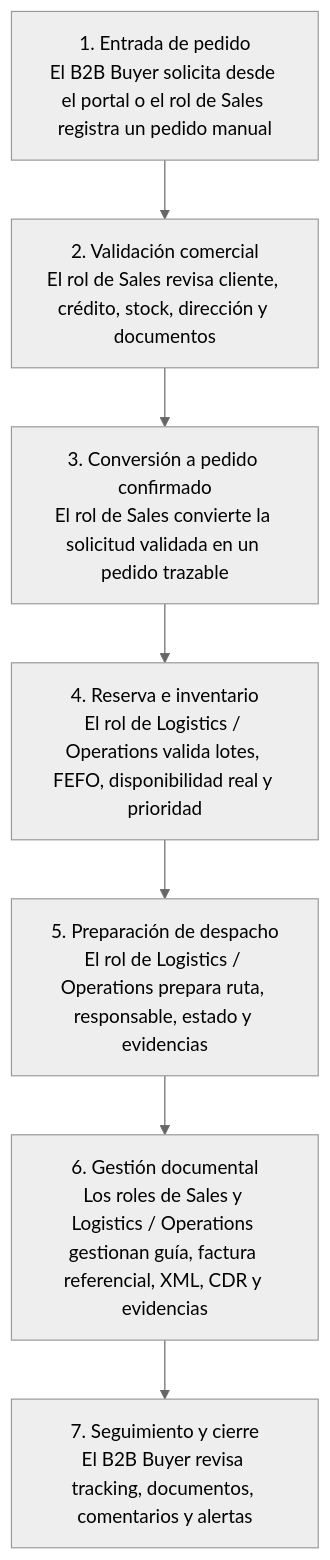
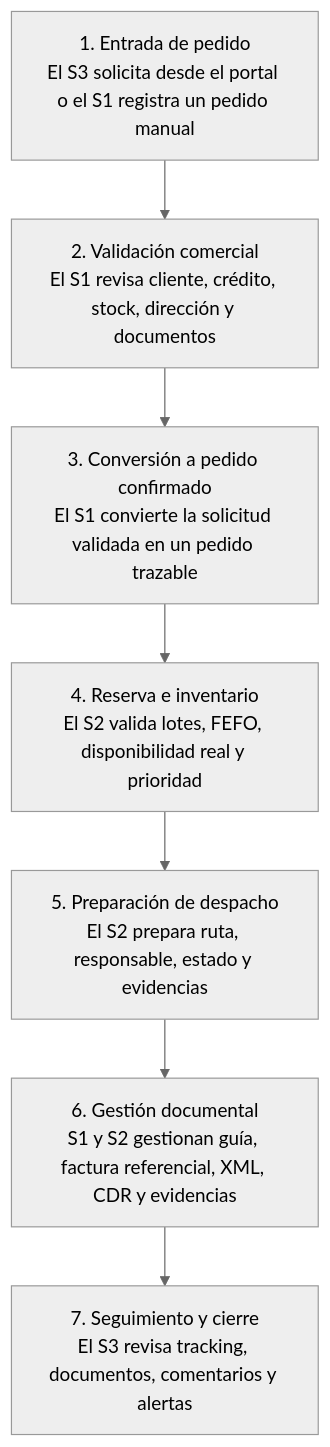
One commit to R0obxdnt-bit/nexa-ecosystem-report-v2 changed the second of 4 diagrams in report/10-chapter-1-introduction/1-3-target-segments.md. Above: the diagram before and after it, drawn with Mermaid (neutral theme). The commit also changed other lines of this file, not shown here.

````diff
--- a/report/10-chapter-1-introduction/1-3-target-segments.md
+++ b/report/10-chapter-1-introduction/1-3-target-segments.md
@@ -380,17 +53,17 @@
 ```mermaid
 flowchart TD
-    P1["1. Entrada de pedido<br/>El B2B Buyer solicita desde el portal o el rol de Sales registra un pedido manual"]
-    P2["2. Validación comercial<br/>El rol de Sales revisa cliente, crédito, stock, dirección y documentos"]
-    P3["3. Conversión a pedido confirmado<br/>El rol de Sales convierte la solicitud validada en un pedido trazable"]
-    P4["4. Reserva e inventario<br/>El rol de Logistics / Operations valida lotes, FEFO, disponibilidad real y prioridad"]
-    P5["5. Preparación de despacho<br/>El rol de Logistics / Operations prepara ruta, responsable, estado y evidencias"]
-    P6["6. Gestión documental<br/>Los roles de Sales y Logistics / Operations gestionan guía, factura referencial, XML, CDR y evidencias"]
-    P7["7. Seguimiento y cierre<br/>El B2B Buyer revisa tracking, documentos, comentarios y alertas"]
+    P1["1. Entrada de pedido<br/>El S3 solicita desde el portal o el S1 registra un pedido manual"]
+    P2["2. Validación comercial<br/>El S1 revisa cliente, crédito, stock, dirección y documentos"]
+    P3["3. Conversión a pedido confirmado<br/>El S1 convierte la solicitud validada en un pedido trazable"]
+    P4["4. Reserva e inventario<br/>El S2 valida lotes, FEFO, disponibilidad real y prioridad"]
+    P5["5. Preparación de despacho<br/>El S2 prepara ruta, responsable, estado y evidencias"]
+    P6["6. Gestión documental<br/>S1 y S2 gestionan guía, factura referencial, XML, CDR y evidencias"]
+    P7["7. Seguimiento y cierre<br/>El S3 revisa tracking, documentos, comentarios y alertas"]
 
     P1 --> P2
     P2 --> P3
     P3 --> P4
     P4 --> P5
     P5 --> P6
     P6 --> P7
 ```
````
